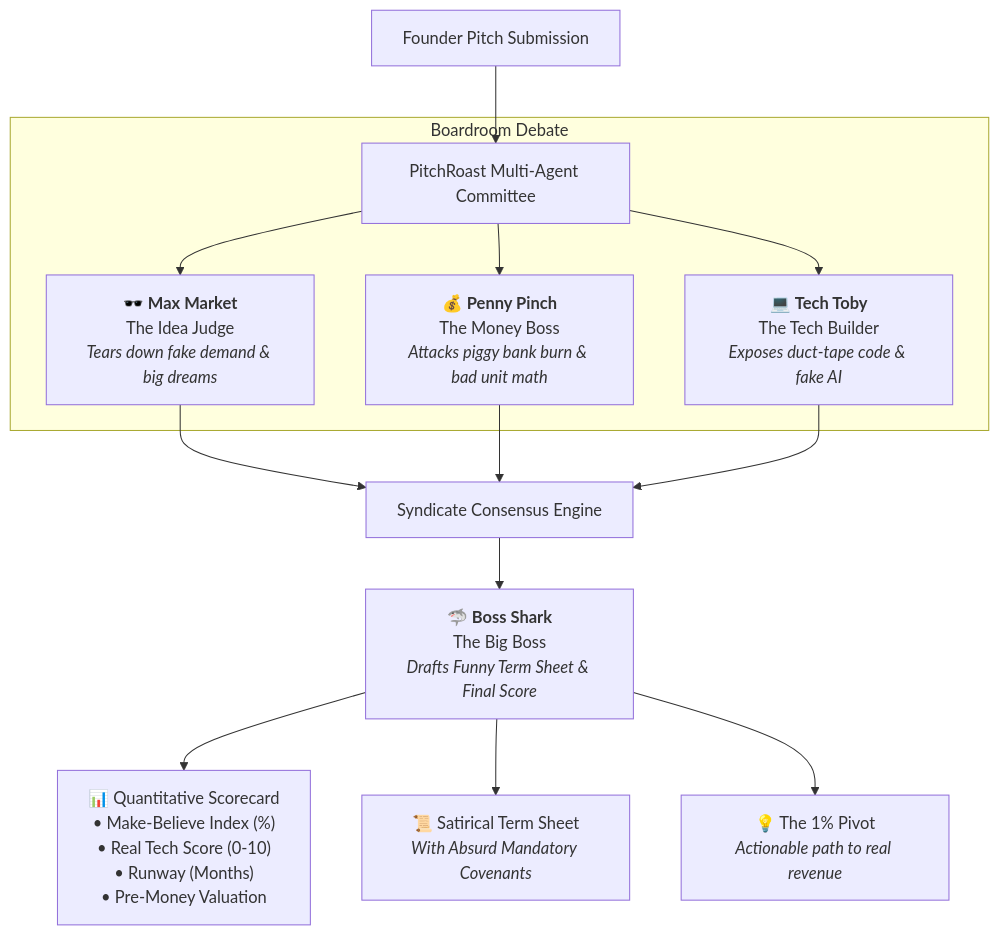
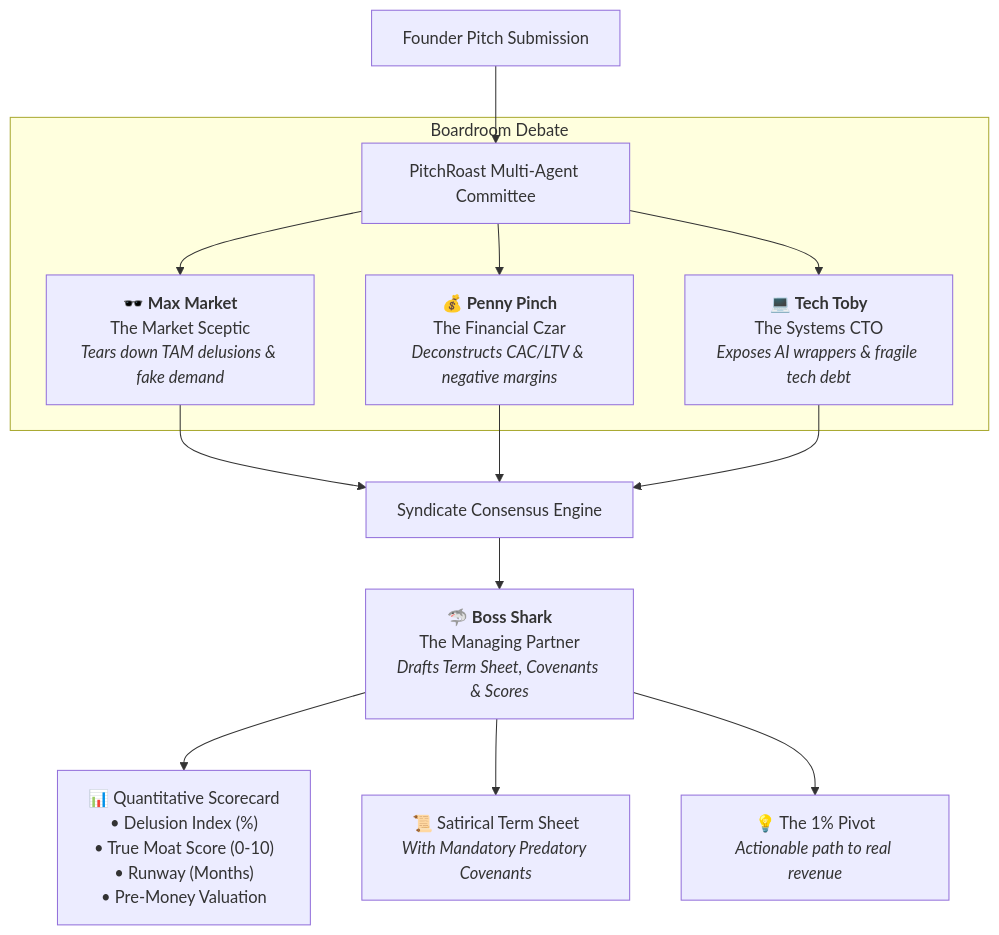
One commit to akkireddy-challa/pitchroast changed the diagram in README.md. Above: the diagram before and after it, drawn with Mermaid. The commit also changed other lines of this file and 9 other files, not shown here.

````diff
--- a/README.md
+++ b/README.md
@@ -51,20 +40,20 @@
 ```mermaid
 graph TD
     A[Founder Pitch Submission] --> B[PitchRoast Multi-Agent Committee]
     
     subgraph Boardroom Debate
-        B --> C["🕶️ <b>Max Market</b><br>The Idea Judge<br><i>Tears down fake demand & big dreams</i>"]
-        B --> D["💰 <b>Penny Pinch</b><br>The Money Boss<br><i>Attacks piggy bank burn & bad unit math</i>"]
-        B --> E["💻 <b>Tech Toby</b><br>The Tech Builder<br><i>Exposes duct-tape code & fake AI</i>"]
+        B --> C["🕶️ <b>Max Market</b><br>The Market Sceptic<br><i>Tears down TAM delusions & fake demand</i>"]
+        B --> D["💰 <b>Penny Pinch</b><br>The Financial Czar<br><i>Deconstructs CAC/LTV & negative margins</i>"]
+        B --> E["💻 <b>Tech Toby</b><br>The Systems CTO<br><i>Exposes AI wrappers & fragile tech debt</i>"]
     end
 
     C --> F[Syndicate Consensus Engine]
     D --> F
     E --> F
 
-    F --> G["🦈 <b>Boss Shark</b><br>The Big Boss<br><i>Drafts Funny Term Sheet & Final Score</i>"]
+    F --> G["🦈 <b>Boss Shark</b><br>The Managing Partner<br><i>Drafts Term Sheet, Covenants & Scores</i>"]
     
-    G --> H["📊 Quantitative Scorecard<br>• Make-Believe Index (%)<br>• Real Tech Score (0-10)<br>• Runway (Months)<br>• Pre-Money Valuation"]
-    G --> I["📜 Satirical Term Sheet<br><i>With Absurd Mandatory Covenants</i>"]
+    G --> H["📊 Quantitative Scorecard<br>• Delusion Index (%)<br>• True Moat Score (0-10)<br>• Runway (Months)<br>• Pre-Money Valuation"]
+    G --> I["📜 Satirical Term Sheet<br><i>With Mandatory Predatory Covenants</i>"]
     G --> J["💡 The 1% Pivot<br><i>Actionable path to real revenue</i>"]
 ```
````
